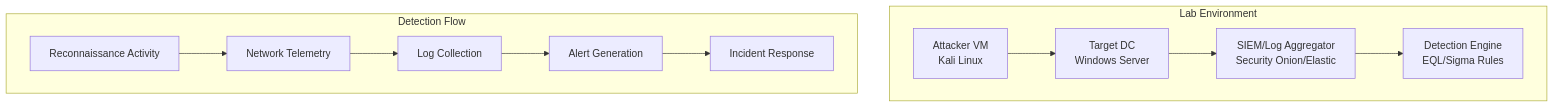
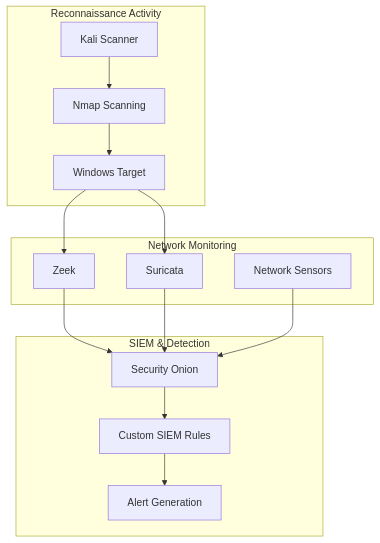
One commit to Dmokom1/Network-Reconnaissance-Detection-Engineering changed the diagram in README.md. Above: the diagram before and after it, drawn with Mermaid.

Commit message:
Update diagram to match project focus (network reconnaissance detection)

````diff
--- a/README.md
+++ b/README.md
@@ -61,15 +61,27 @@
 ```mermaid
 graph TD
-    subgraph "Lab Environment"
-        A[Attacker VM<br/>Kali Linux] --> B[Target DC<br/>Windows Server]
-        B --> C[SIEM/Log Aggregator<br/>Security Onion/Elastic]
-        C --> D[Detection Engine<br/>EQL/Sigma Rules]
+    subgraph "Reconnaissance Activity"
+        A[Kali Scanner] --> B[Nmap Scanning]
+        B --> C[Windows Target]
     end
     
-    subgraph "Detection Flow"
-        E[Reconnaissance Activity] --> F[Network Telemetry]
-        F --> G[Log Collection]
-        G --> H[Alert Generation]
-        H --> I[Incident Response]
+    subgraph "Network Monitoring"
+        D[Zeek]
+        E[Suricata]
+        F[Network Sensors]
     end
+    
+    subgraph "SIEM & Detection"
+        G[Security Onion]
+        H[Custom SIEM Rules]
+        I[Alert Generation]
+    end
+    
+    C --> D
+    C --> E
+    D --> G
+    E --> G
+    F --> G
+    G --> H
+    H --> I
 ```
````
